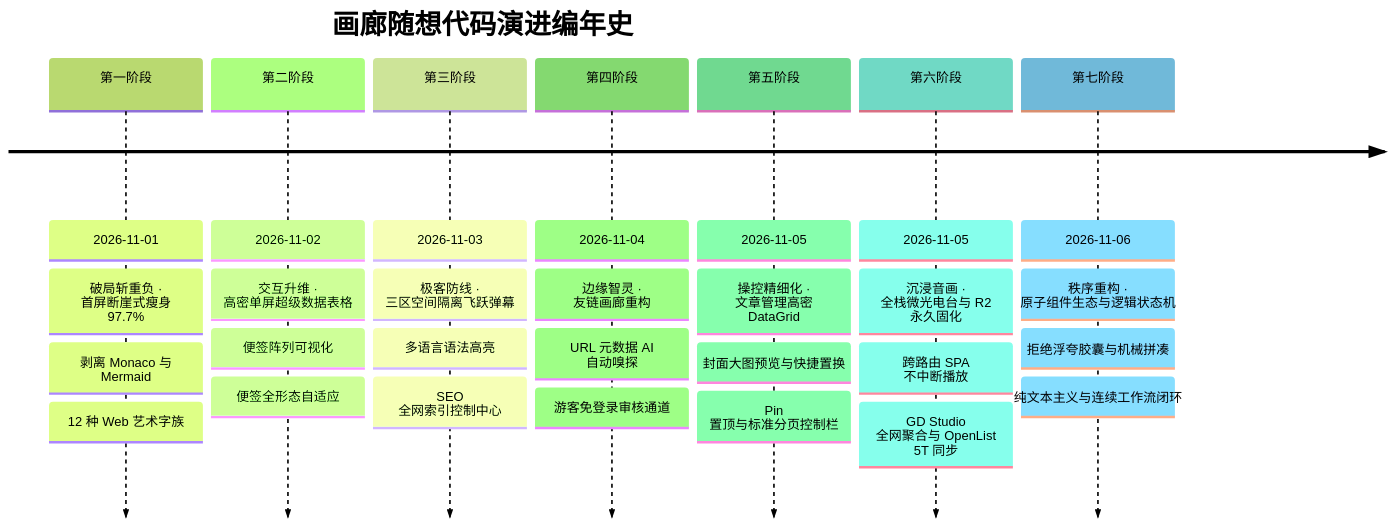
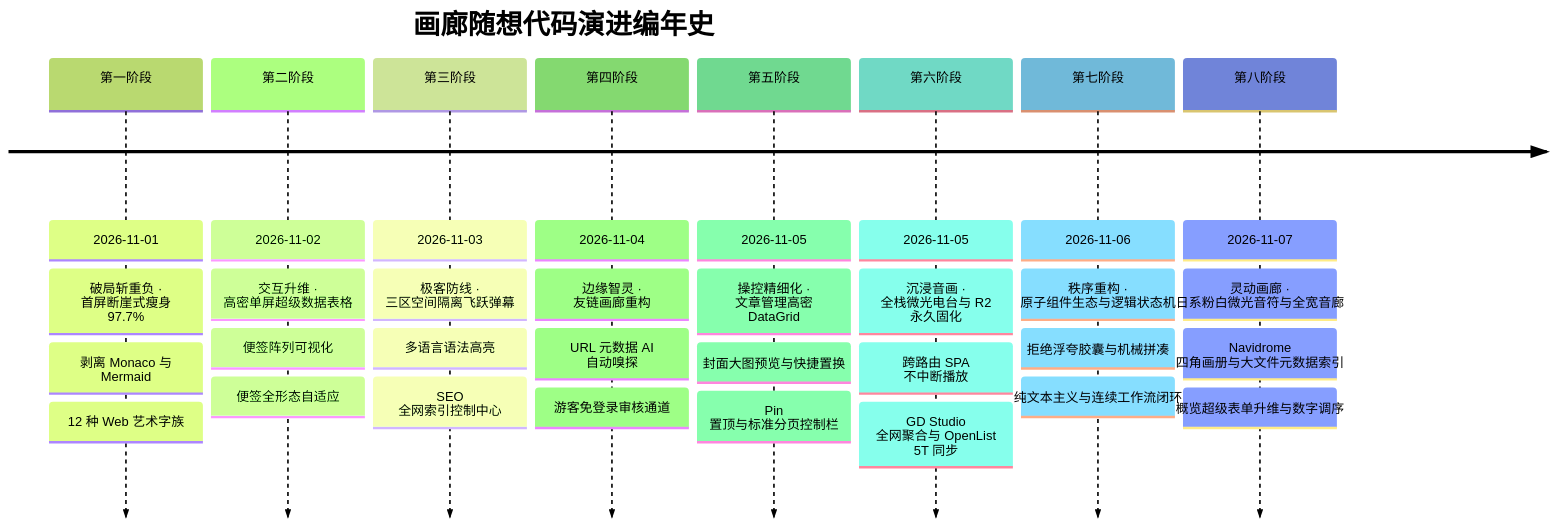
Before and after one commit to Smail-droid/Rin: the first of 3 diagrams in 画廊随想.md, drawn with Mermaid (forest theme). The commit also changed other lines of this file and 14 other files, not shown here.

````diff
--- a/画廊随想.md
+++ b/画廊随想.md
@@ -36,11 +36,12 @@
 ```mermaid
 timeline
     title 画廊随想代码演进编年史
     第一阶段 : 2026-11-01 : 破局斩重负 · 首屏断崖式瘦身 97.7% : 剥离 Monaco 与 Mermaid : 12 种 Web 艺术字族
     第二阶段 : 2026-11-02 : 交互升维 · 高密单屏超级数据表格 : 便签阵列可视化 : 便签全形态自适应
     第三阶段 : 2026-11-03 : 极客防线 · 三区空间隔离飞跃弹幕 : 多语言语法高亮 : SEO 全网索引控制中心
     第四阶段 : 2026-11-04 : 边缘智灵 · 友链画廊重构 : URL 元数据 AI 自动嗅探 : 游客免登录审核通道
     第五阶段 : 2026-11-05 : 操控精细化 · 文章管理高密 DataGrid : 封面大图预览与快捷置换 : Pin 置顶与标准分页控制栏
     第六阶段 : 2026-11-05 : 沉浸音画 · 全栈微光电台与 R2 永久固化 : 跨路由 SPA 不中断播放 : GD Studio 全网聚合与 OpenList 5T 同步
     第七阶段 : 2026-11-06 : 秩序重构 · 原子组件生态与逻辑状态机 : 拒绝浮夸胶囊与机械拼凑 : 纯文本主义与连续工作流闭环
+    第八阶段 : 2026-11-07 : 灵动画廊 · 日系粉白微光音符与全宽音廊 : Navidrome 四角画册与大文件元数据索引 : 概览超级表单升维与数字调序
 ```
````
